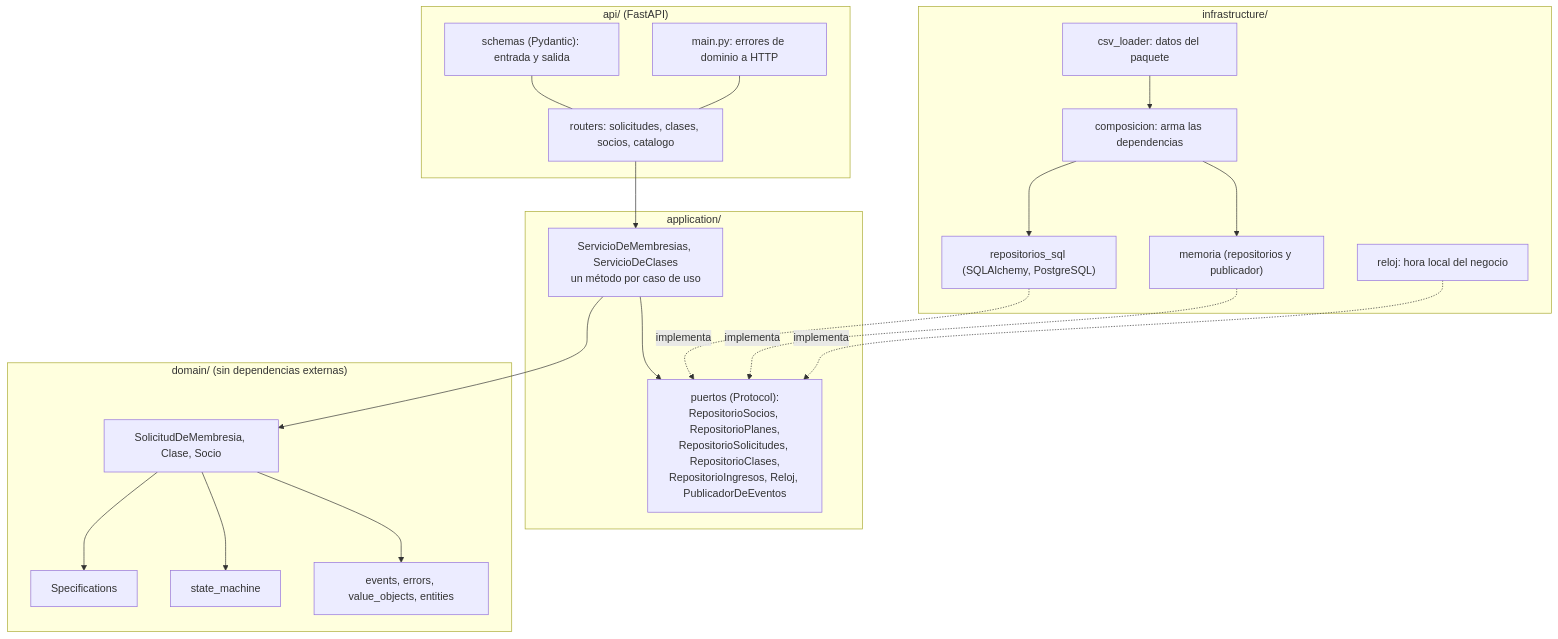
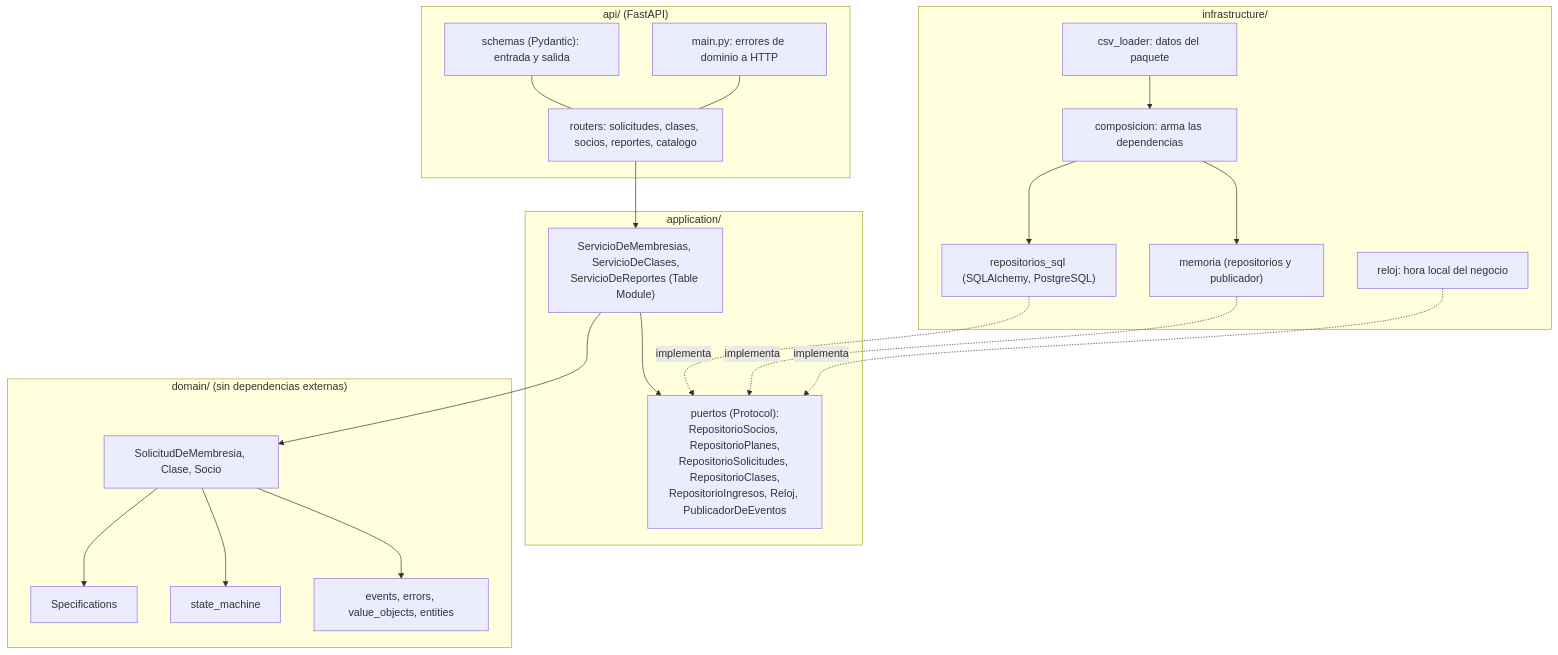
The second of 3 diagrams in docs/architecture/modelo-dominio.md (emmxnueo/fit-zone-cln), drawn with Mermaid before and after one commit. The commit also changed 22 other files, not shown here.

````diff
--- a/docs/architecture/modelo-dominio.md
+++ b/docs/architecture/modelo-dominio.md
@@ -170,39 +170,39 @@
 ```mermaid
 flowchart TB
   subgraph API["api/ (FastAPI)"]
-    R["routers: solicitudes, clases, socios, catalogo"]
+    R["routers: solicitudes, clases, socios, reportes, catalogo"]
     S["schemas (Pydantic): entrada y salida"]
     M["main.py: errores de dominio a HTTP"]
   end
   subgraph APP["application/"]
-    SV["ServicioDeMembresias, ServicioDeClases<br/>un método por caso de uso"]
+    SV["ServicioDeMembresias, ServicioDeClases,<br/>ServicioDeReportes (Table Module)"]
     P["puertos (Protocol):<br/>RepositorioSocios, RepositorioPlanes,<br/>RepositorioSolicitudes, RepositorioClases,<br/>RepositorioIngresos, Reloj, PublicadorDeEventos"]
   end
   subgraph DOM["domain/ (sin dependencias externas)"]
     AG["SolicitudDeMembresia, Clase, Socio"]
     SP["Specifications"]
     SM["state_machine"]
     EV["events, errors, value_objects, entities"]
   end
   subgraph INF["infrastructure/"]
     SQL["repositorios_sql (SQLAlchemy, PostgreSQL)"]
     MEM["memoria (repositorios y publicador)"]
     CMP["composicion: arma las dependencias"]
     RLJ["reloj: hora local del negocio"]
     CSV["csv_loader: datos del paquete"]
   end
   R --> SV
   S --- R
   M --- R
   SV --> AG
   SV --> P
   AG --> SP
   AG --> SM
   AG --> EV
   SQL -. "implementa" .-> P
   MEM -. "implementa" .-> P
   RLJ -. "implementa" .-> P
   CMP --> SQL
   CMP --> MEM
   CSV --> CMP
 ```
````
